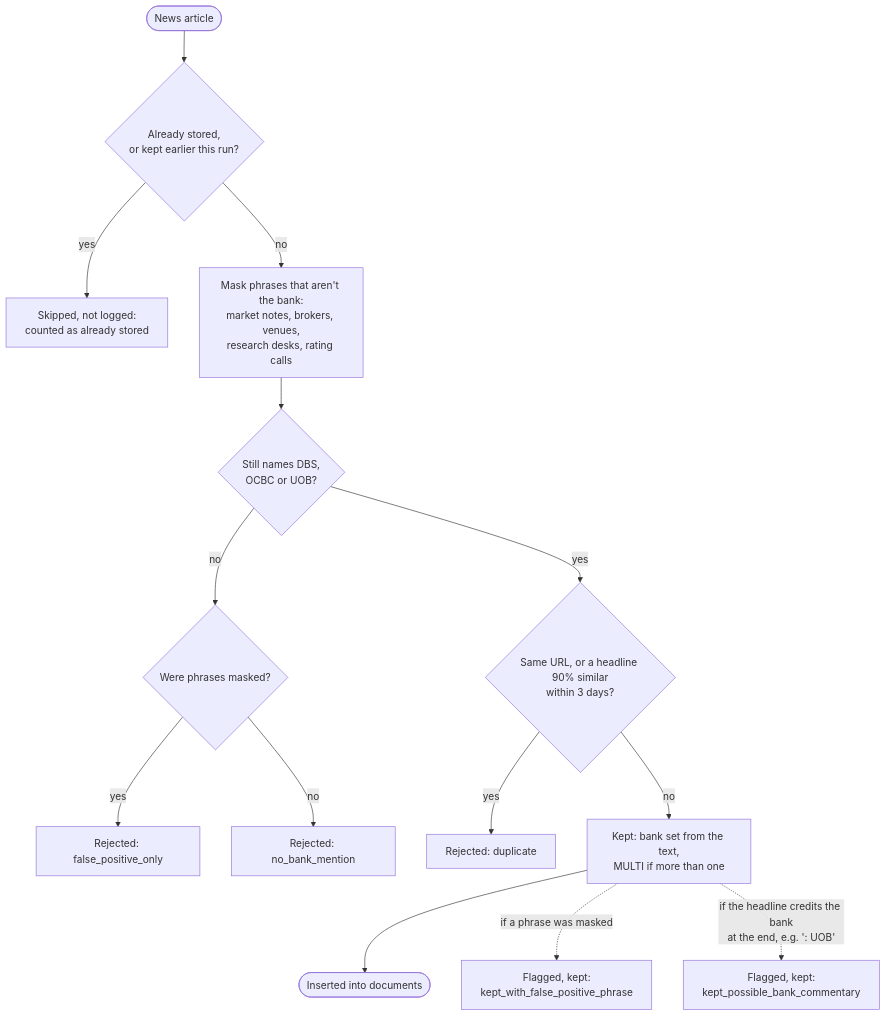
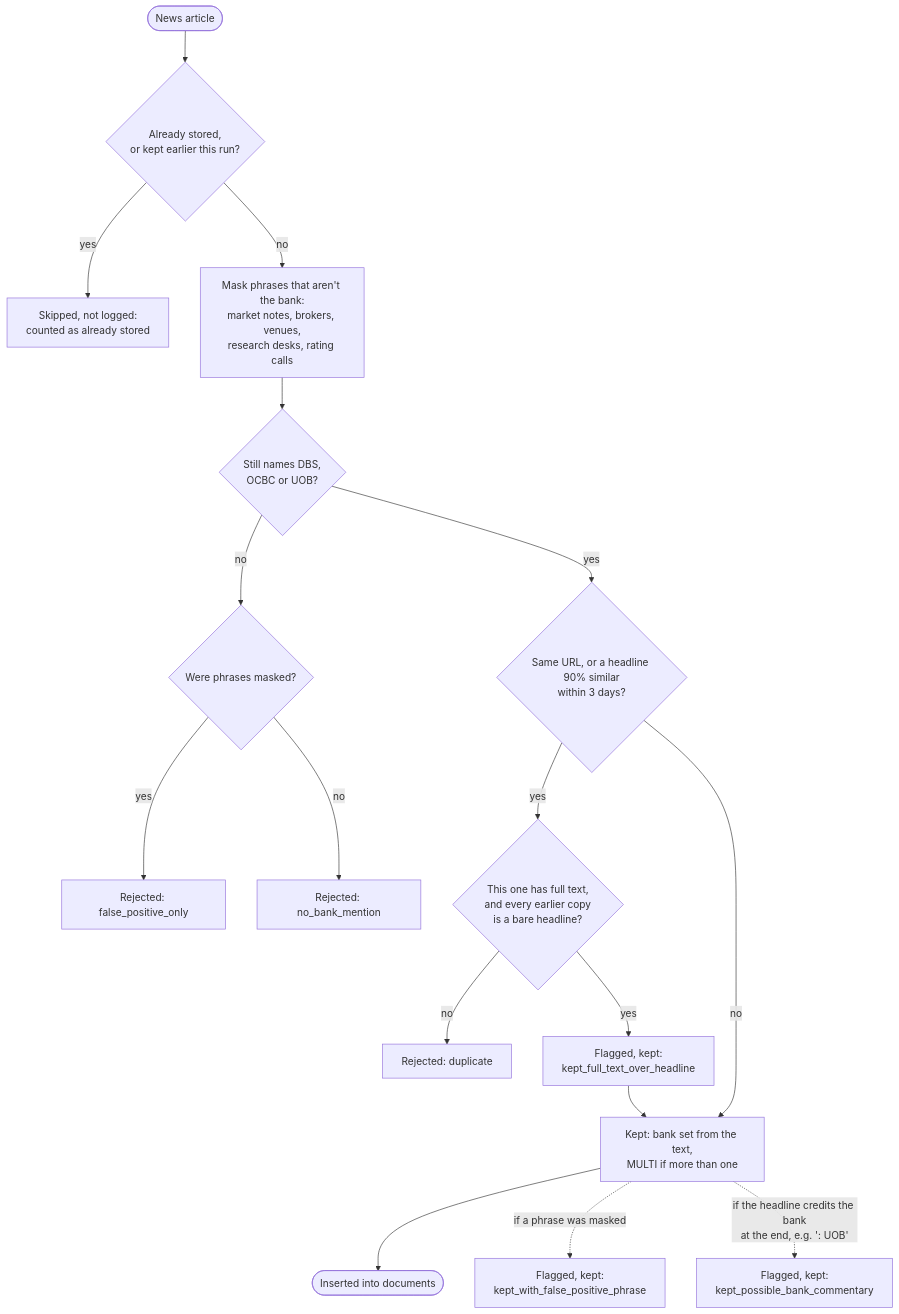
One commit to Gavingyh/plp-project changed the diagram in docs/diagrams/11-news-filter.md. Above: the diagram before and after it, drawn with Mermaid. The commit also changed other lines of this file and 26 other files, not shown here.

First line of the commit message:
Document the CNA load and show CNA in the diagrams

````diff
--- a/docs/diagrams/11-news-filter.md
+++ b/docs/diagrams/11-news-filter.md
@@ -5,32 +5,36 @@
 ```mermaid
 flowchart TB
   accTitle: News filter decisions
-  accDescr: An article already stored is skipped. Otherwise non-bank phrases are masked; an article naming no bank is rejected; a duplicate is rejected; otherwise it is kept, with flags for masked phrases and possible bank commentary.
+  accDescr: An article already stored is skipped. Otherwise non-bank phrases are masked; an article naming no bank is rejected; a duplicate is rejected, unless the article has full text and the only earlier copy is a bare headline; otherwise it is kept, with flags for masked phrases and possible bank commentary.
 
   a(["News article"])
   stored{"Already stored,<br/>or kept earlier this run?"}
   skip["Skipped, not logged:<br/>counted as already stored"]
   mask["Mask phrases that aren't the bank:<br/>market notes, brokers, venues,<br/>research desks, rating calls"]
   named{"Still names DBS,<br/>OCBC or UOB?"}
   why{"Were phrases masked?"}
   r1["Rejected: false_positive_only"]
   r2["Rejected: no_bank_mention"]
   dup{"Same URL, or a headline 90% similar<br/>within 3 days?"}
   r3["Rejected: duplicate"]
+  fuller{"This one has full text,<br/>and every earlier copy<br/>is a bare headline?"}
+  f3["Flagged, kept:<br/>kept_full_text_over_headline"]
   keep["Kept: bank set from the text,<br/>MULTI if more than one"]
   f1["Flagged, kept:<br/>kept_with_false_positive_phrase"]
   f2["Flagged, kept:<br/>kept_possible_bank_commentary"]
   ins(["Inserted into documents"])
 
   a --> stored
   stored -- yes --> skip
   stored -- no --> mask --> named
   named -- no --> why
   why -- yes --> r1
   why -- no --> r2
   named -- yes --> dup
-  dup -- yes --> r3
+  dup -- yes --> fuller
+  fuller -- no --> r3
+  fuller -- yes --> f3 --> keep
   dup -- no --> keep --> ins
   keep -. "if a phrase was masked" .-> f1
   keep -. "if the headline credits the bank<br/>at the end, e.g. ': UOB'" .-> f2
 ```
````
